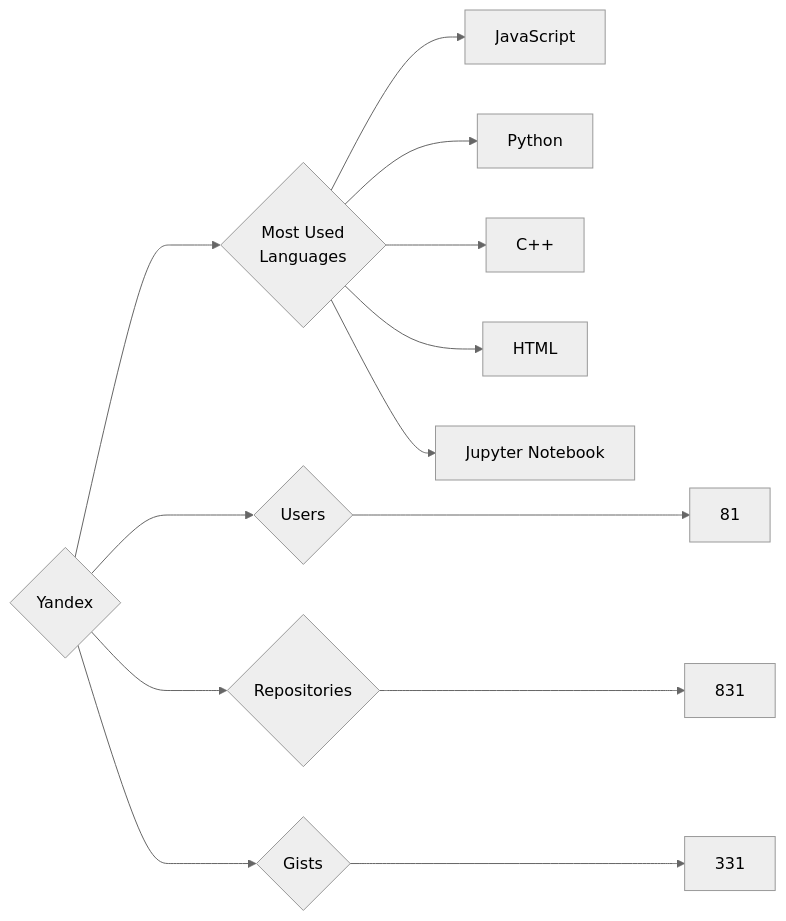
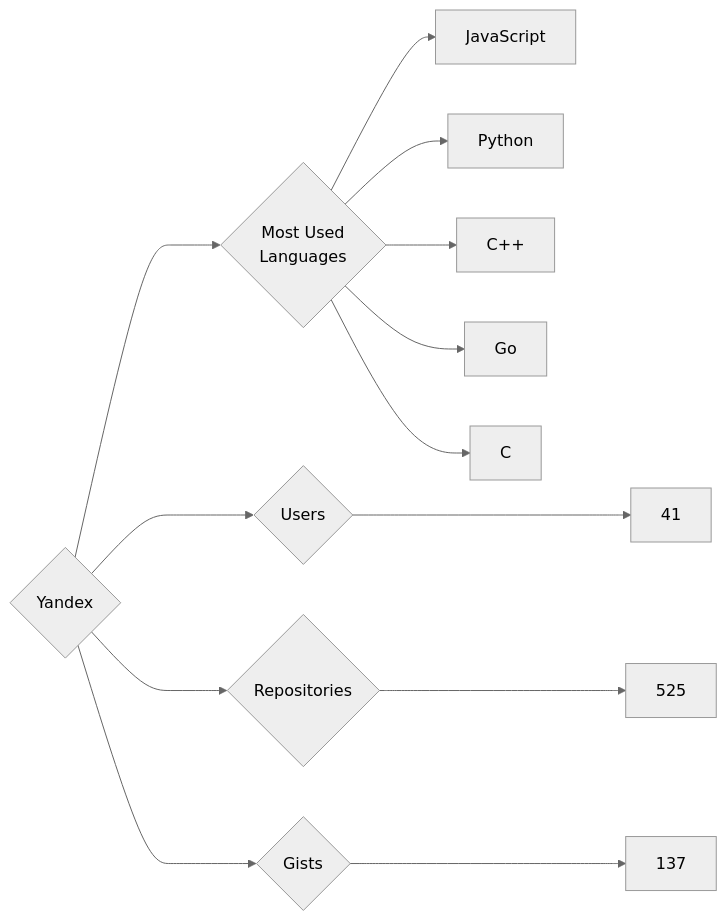
One commit to trickest/insiders changed the diagram in targets/Yandex/README.md. Above: the diagram before and after it, drawn with Mermaid (neutral theme). The commit also changed 728 other files, not shown here.

````diff
--- a/targets/Yandex/README.md
+++ b/targets/Yandex/README.md
@@ -3,13 +3,13 @@
 ```mermaid
 graph LR
 COMPANY_NAME{Yandex}
-COMPANY_NAME ---> U{Users} ---> UN[81]
-COMPANY_NAME ---> R{Repositories} ---> RN[831]
-COMPANY_NAME ---> G{Gists} ---> GN[331]
+COMPANY_NAME ---> U{Users} ---> UN[41]
+COMPANY_NAME ---> R{Repositories} ---> RN[525]
+COMPANY_NAME ---> G{Gists} ---> GN[137]
 COMPANY_NAME ---> ML{Most Used<br>Languages}
 ML --> JavaScript[JavaScript]
 ML --> Python[Python]
 ML --> C++[C++]
-ML --> HTML[HTML]
-ML --> Jupyter_Notebook[Jupyter Notebook]
+ML --> Go[Go]
+ML --> C[C]
 ```
````
